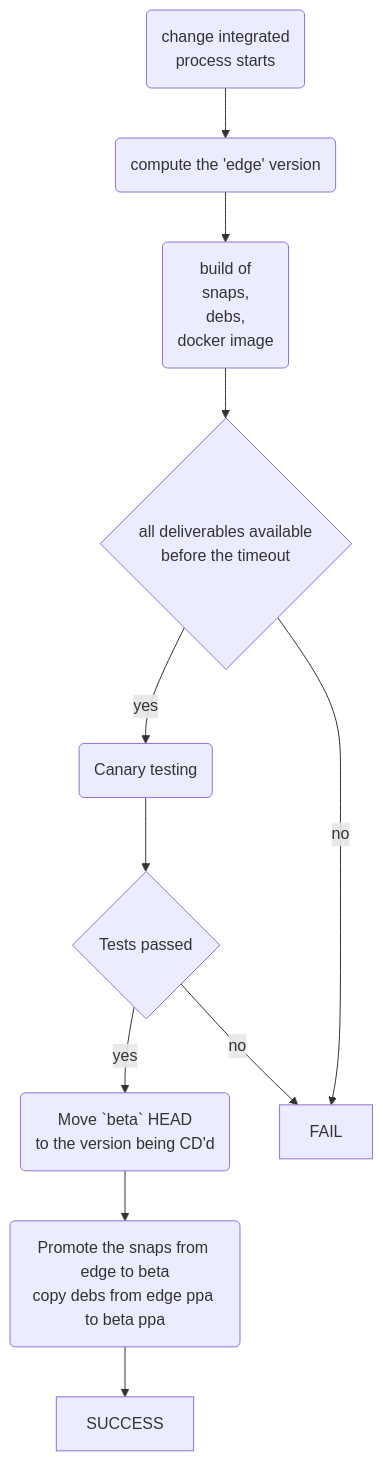
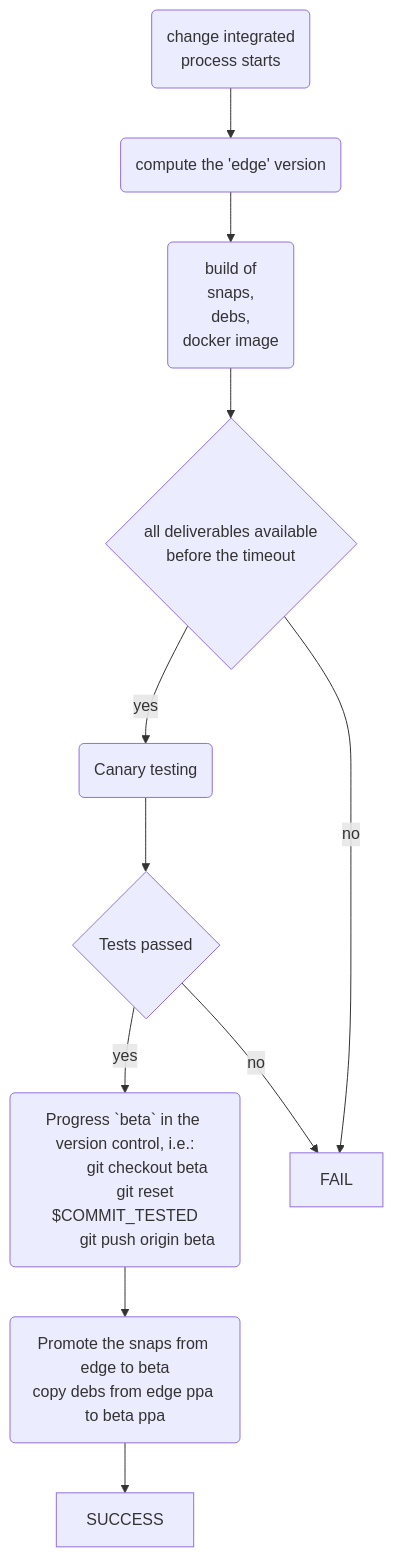
The second of 3 diagrams in docs/explanation/continuous_delivery.md (canonical/checkbox), drawn with Mermaid before and after one commit.

Commit message:
concrete git steps to move HEAD

````diff
--- a/docs/explanation/continuous_delivery.md
+++ b/docs/explanation/continuous_delivery.md
@@ -58,29 +58,32 @@
 ```mermaid
 
 graph TD;
 
 start("change integrated\nprocess starts")
 version("compute the 'edge' version")
 build("build of\nsnaps,\ndebs,\ndocker image")
 build_decision{"all deliverables available\nbefore the timeout"}
 
 canary("Canary testing")
 canary_decision{"Tests passed"}
-beta_git("Move `beta` HEAD\nto the version being CD'd")
+beta_git("Progress `beta` in the version control, i.e.:
+          git checkout beta
+          git reset $COMMIT_TESTED
+          git push origin beta")
 beta_promo("Promote the snaps from edge to beta\ncopy debs from edge ppa to beta ppa")
 
 
 start --> version
 version --> build
 build --> build_decision
 build_decision-->|yes| canary
 build_decision-->|no| FAIL
 
 canary --> canary_decision
 canary_decision-->|yes| beta_git
 canary_decision-->|no| FAIL
 
 beta_git --> beta_promo
 
 beta_promo --> SUCCESS
 ```
````
